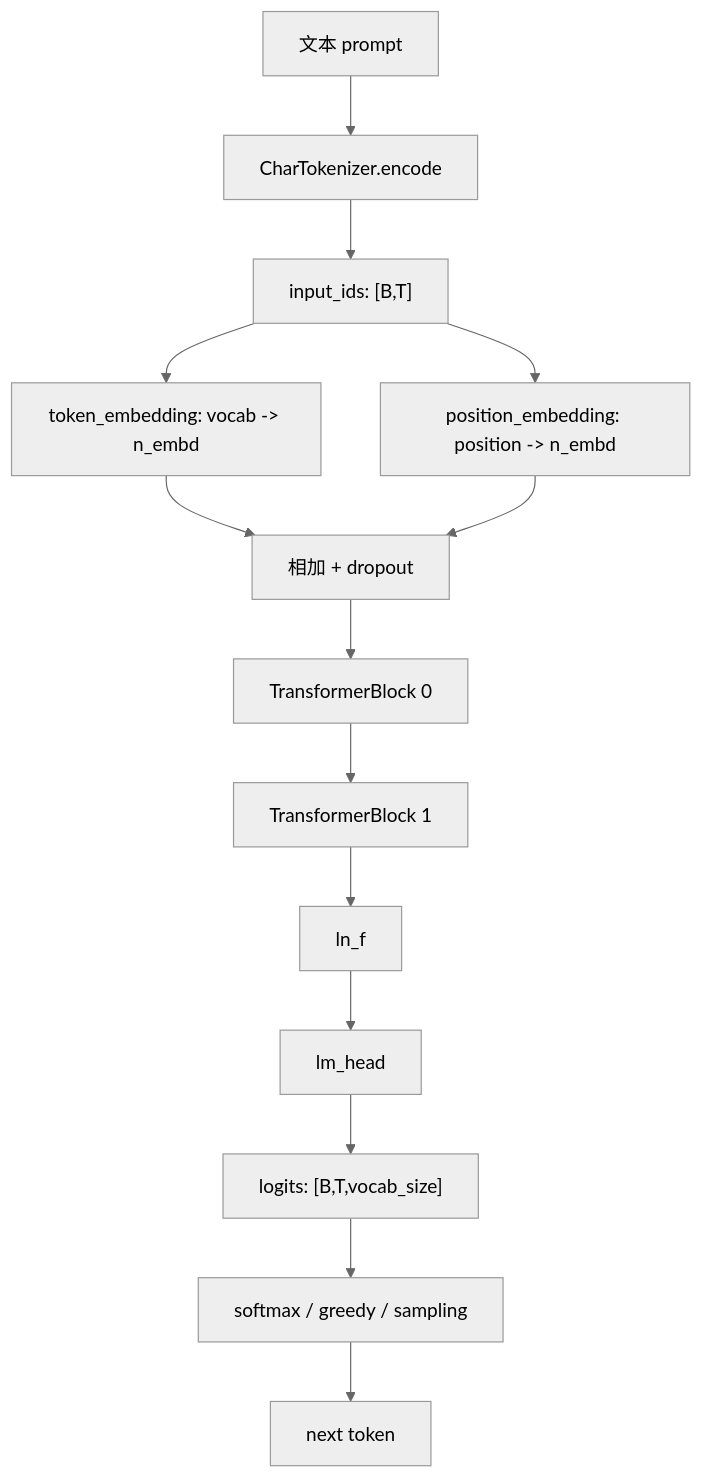
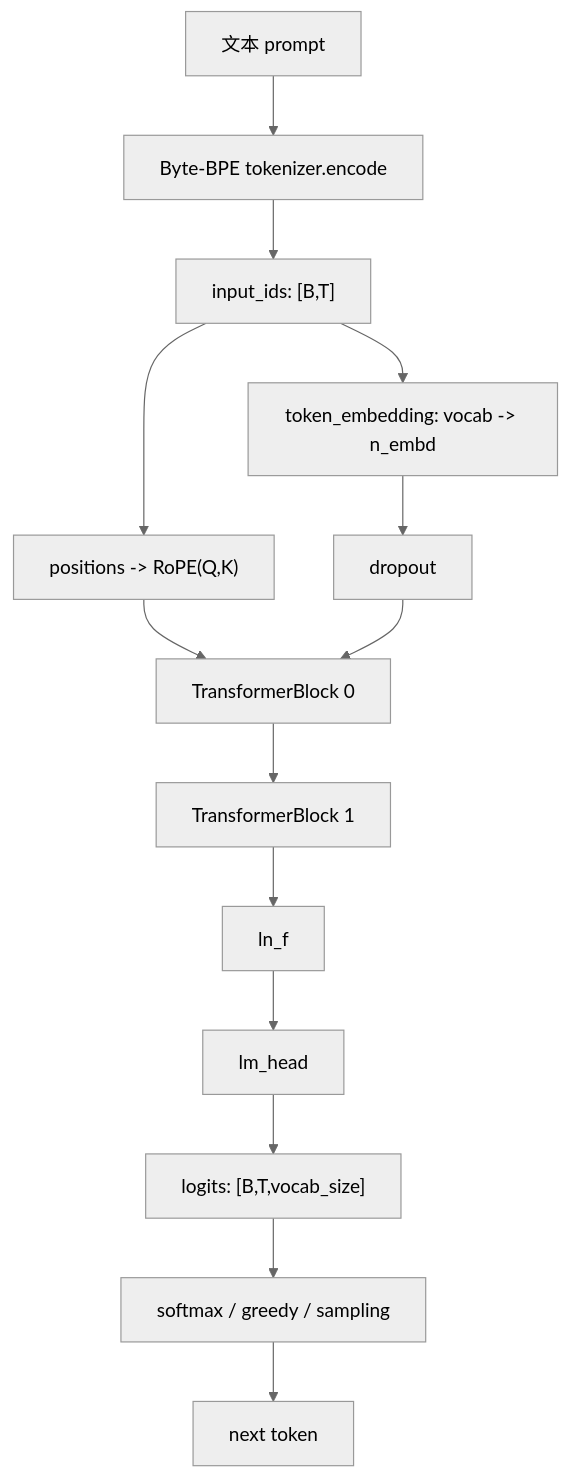
Before and after one commit to Phobia-Cosmos/llm-systems-learning-pack: the first of 2 diagrams in projects/minillm/docs/minillm_ai_infra_engine_requirements.md, drawn with Mermaid (neutral theme). The commit also changed other lines of this file and 28 other files, not shown here.

````diff
--- a/projects/minillm/docs/minillm_ai_infra_engine_requirements.md
+++ b/projects/minillm/docs/minillm_ai_infra_engine_requirements.md
@@ -34,16 +36,16 @@
 ```mermaid
 flowchart TD
-    A["文本 prompt"] --> B["CharTokenizer.encode"]
+    A["文本 prompt"] --> B["Byte-BPE tokenizer.encode"]
     B --> C["input_ids: [B,T]"]
     C --> D["token_embedding: vocab -> n_embd"]
-    C --> E["position_embedding: position -> n_embd"]
-    D --> F["相加 + dropout"]
-    E --> F
+    C --> E["positions -> RoPE(Q,K)"]
+    D --> F["dropout"]
+    E --> G0
     F --> G0["TransformerBlock 0"]
     G0 --> G1["TransformerBlock 1"]
     G1 --> H["ln_f"]
     H --> I["lm_head"]
     I --> J["logits: [B,T,vocab_size]"]
     J --> K["softmax / greedy / sampling"]
     K --> L["next token"]
 ```
````
